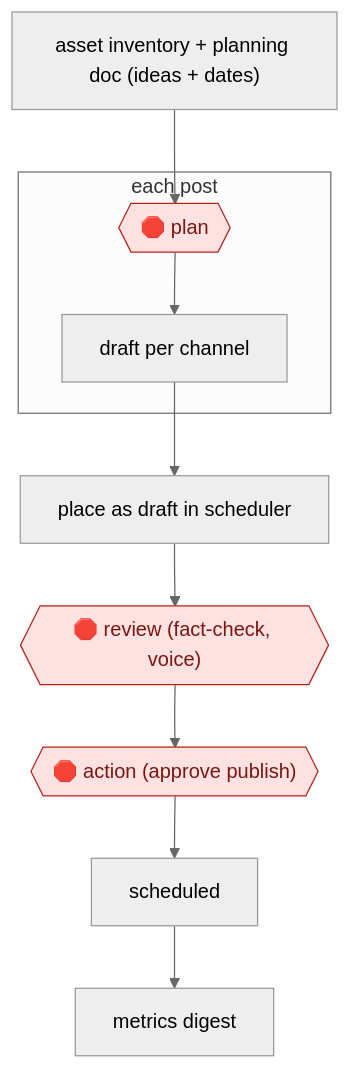
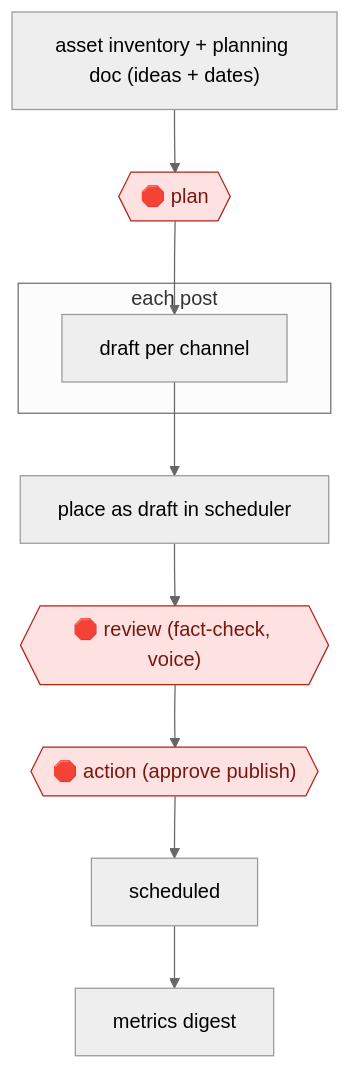
One commit to milesradford99/agent-workflow-atlas changed the diagram in workflows/COM/MKT/SOCIAL/plan-to-calendar-drafting/README.md. Above: the diagram before and after it, drawn with Mermaid (neutral theme). The commit also changed other lines of this file and 171 other files, not shown here.

````diff
--- a/workflows/COM/MKT/SOCIAL/plan-to-calendar-drafting/README.md
+++ b/workflows/COM/MKT/SOCIAL/plan-to-calendar-drafting/README.md
@@ -31,21 +31,21 @@
 ```mermaid
 flowchart TD
   n1["asset inventory + planning doc (ideas + dates)"]
   n2{{"🛑 plan"}}:::stop
-  n1 --> n2
   subgraph s3["each post"]
   n4["draft per channel"]
-  n2 --> n4
   end
   n5["place as draft in scheduler"]
+  n6{{"🛑 review (fact-check, voice)"}}:::stop
+  n7{{"🛑 action (approve publish)"}}:::stop
+  n8["scheduled"]
+  n9["metrics digest"]
+  n1 --> n2
+  n2 --> n4
   n4 --> n5
-  n6{{"🛑 review (fact-check, voice)"}}:::stop
   n5 --> n6
-  n7{{"🛑 action (approve publish)"}}:::stop
   n6 --> n7
-  n8["scheduled"]
   n7 --> n8
-  n9["metrics digest"]
   n8 --> n9
   classDef stop fill:#fde2e1,stroke:#b42318,color:#7a1610
 ```
````
